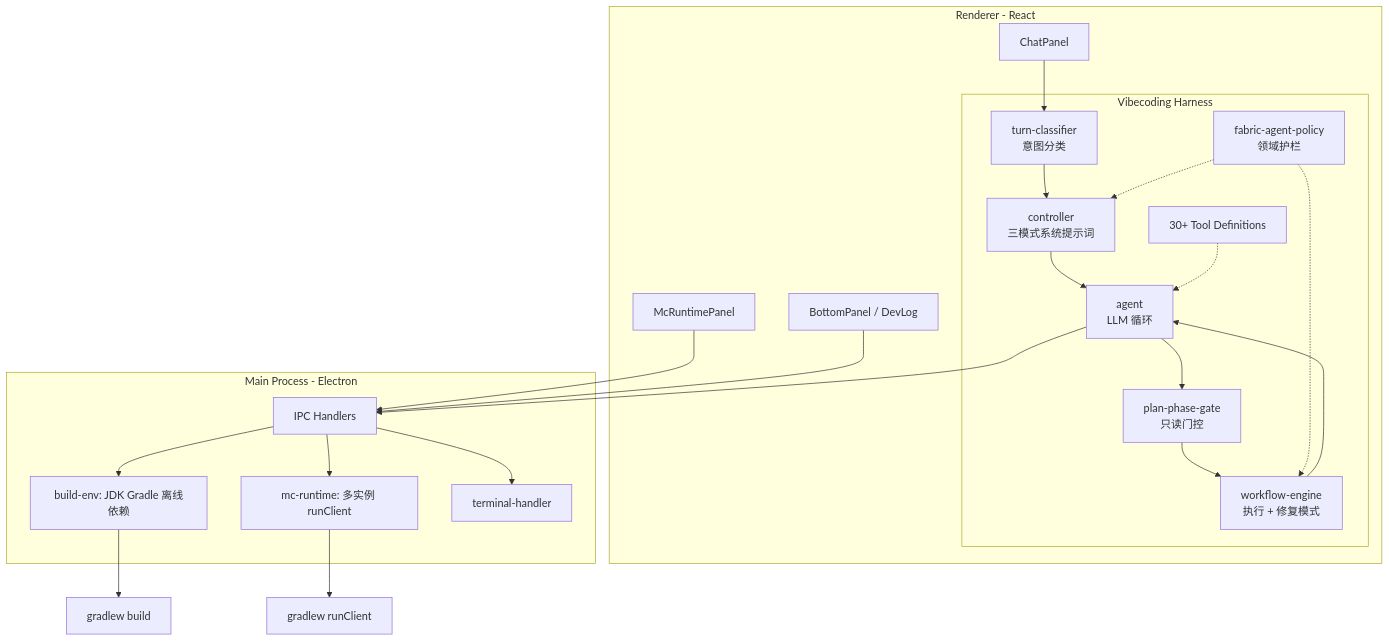
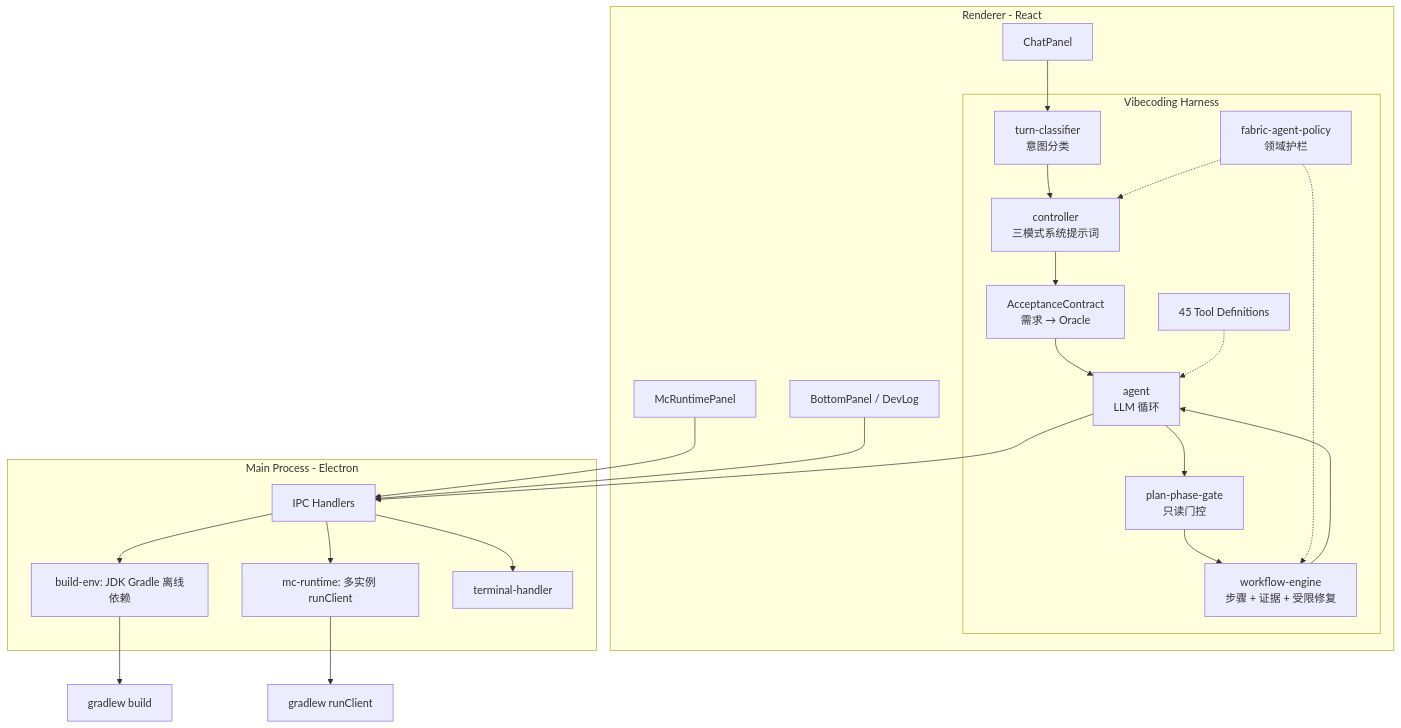
The diagram in README.md (newstarbar/ModCrafting), drawn with Mermaid before and after one commit. The commit also changed other lines of this file and 12 other files, not shown here.

````diff
--- a/README.md
+++ b/README.md
@@ -127,40 +127,42 @@
 ```mermaid
 flowchart TB
   subgraph ui [Renderer - React]
     Chat[ChatPanel]
     subgraph harness [Vibecoding Harness]
       Classifier[turn-classifier<br/>意图分类]
       Controller[controller<br/>三模式系统提示词]
       Agent[agent<br/>LLM 循环]
       PlanGate[plan-phase-gate<br/>只读门控]
-      Workflow[workflow-engine<br/>执行 + 修复模式]
+      Contract[AcceptanceContract<br/>需求 → Oracle]
+      Workflow[workflow-engine<br/>步骤 + 证据 + 受限修复]
       Policy[fabric-agent-policy<br/>领域护栏]
-      Tools[30+ Tool Definitions]
+      Tools[45 Tool Definitions]
     end
     Chat --> Classifier
     Classifier --> Controller
-    Controller --> Agent
+    Controller --> Contract
+    Contract --> Agent
     Agent --> PlanGate
     PlanGate --> Workflow
     Workflow --> Agent
     Policy -.-> Controller
     Policy -.-> Workflow
     Tools -.-> Agent
     Game[McRuntimePanel]
     Adv[BottomPanel / DevLog]
   end
   subgraph main [Main Process - Electron]
     IPC[IPC Handlers]
     BuildEnv[build-env: JDK Gradle 离线依赖]
     McRT[mc-runtime: 多实例 runClient]
     Term[terminal-handler]
   end
   Agent --> IPC
   Game --> IPC
   Adv --> IPC
   IPC --> BuildEnv
   IPC --> McRT
   IPC --> Term
   BuildEnv --> Gradle[gradlew build]
   McRT --> RunClient[gradlew runClient]
 ```
````
